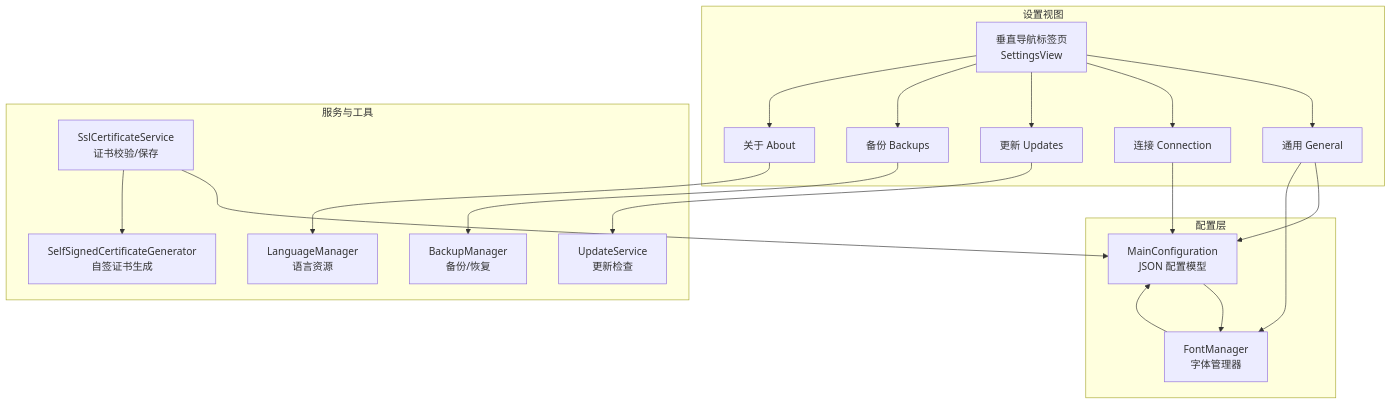
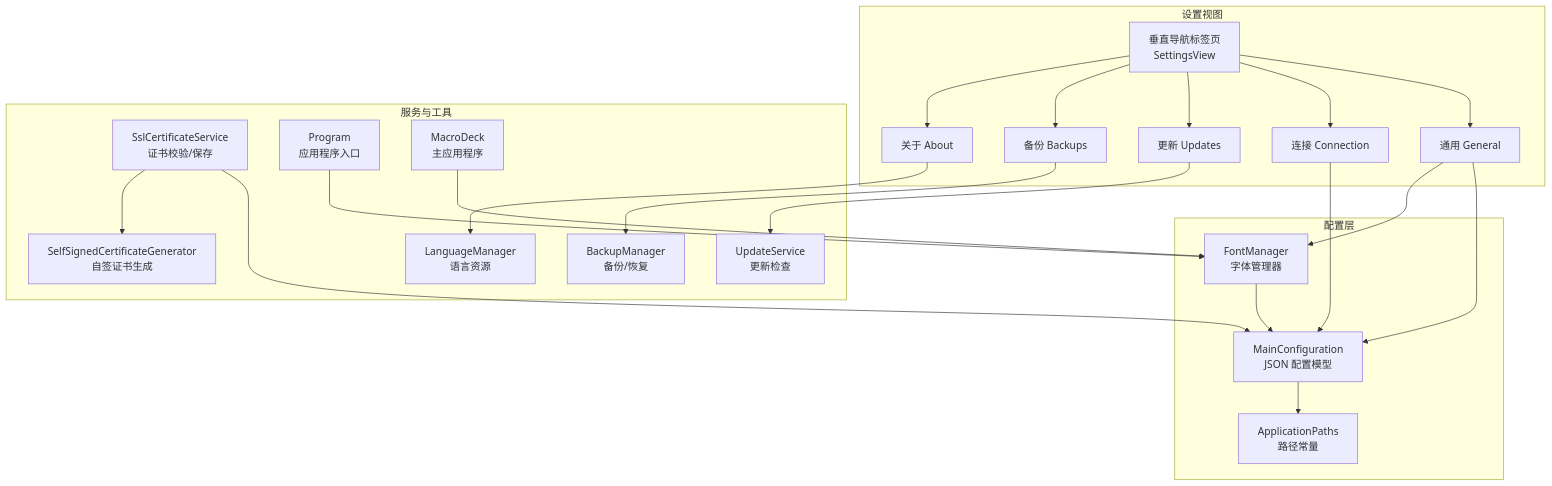
Before and after one commit to tea4go/Macro-Deck: the first of 6 diagrams in .qoder/repowiki/zh/content/图形用户界面/视图管理系统/设置视图.md, drawn with Mermaid. The commit also changed other lines of this file and 3 other files, not shown here.

````diff
--- a/.qoder/repowiki/zh/content/图形用户界面/视图管理系统/设置视图.md
+++ b/.qoder/repowiki/zh/content/图形用户界面/视图管理系统/设置视图.md
@@ -45,37 +56,42 @@
 ```mermaid
 graph TB
 subgraph "设置视图"
 VT["垂直导航标签页<br/>SettingsView"]
 T1["通用 General"]
 T2["连接 Connection"]
 T3["更新 Updates"]
 T4["备份 Backups"]
 T5["关于 About"]
 end
 subgraph "配置层"
 MC["MainConfiguration<br/>JSON 配置模型"]
+AP["ApplicationPaths<br/>路径常量"]
 FM["FontManager<br/>字体管理器"]
 end
 subgraph "服务与工具"
 LM["LanguageManager<br/>语言资源"]
 US["UpdateService<br/>更新检查"]
 BM["BackupManager<br/>备份/恢复"]
 SSL["SslCertificateService<br/>证书校验/保存"]
 SG["SelfSignedCertificateGenerator<br/>自签证书生成"]
+PRG["Program<br/>应用程序入口"]
+MD["MacroDeck<br/>主应用程序"]
 end
 VT --> T1
 VT --> T2
 VT --> T3
 VT --> T4
 VT --> T5
 T1 --> MC
 T1 --> FM
 T2 --> MC
 T3 --> US
 T4 --> BM
 T5 --> LM
-MC --> FM
+MC --> AP
 SSL --> MC
 SSL --> SG
 FM --> MC
+PRG --> FM
+MD --> FM
 ```
````
